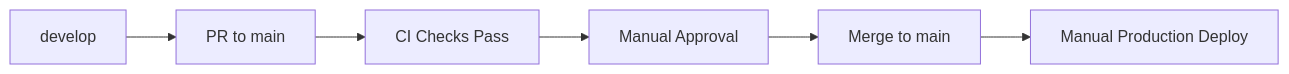
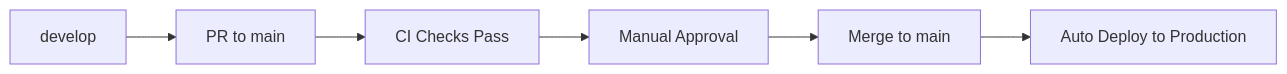
Before and after one commit to n8peace/DayStart: the second of 2 diagrams in docs/deployment.md, drawn with Mermaid. The commit also changed other lines of this file and 8 other files, not shown here.

````diff
--- a/docs/deployment.md
+++ b/docs/deployment.md
@@ -75,8 +122,8 @@
 ```mermaid
 graph LR
     A[develop] --> B[PR to main]
     B --> C[CI Checks Pass]
     C --> D[Manual Approval]
     D --> E[Merge to main]
-    E --> F[Manual Production Deploy]
+    E --> F[Auto Deploy to Production]
 ```
````
